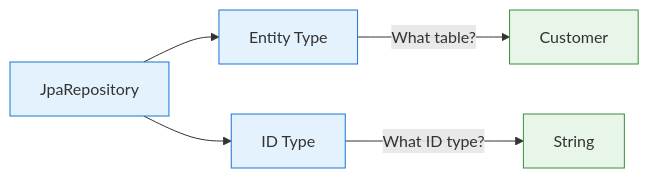
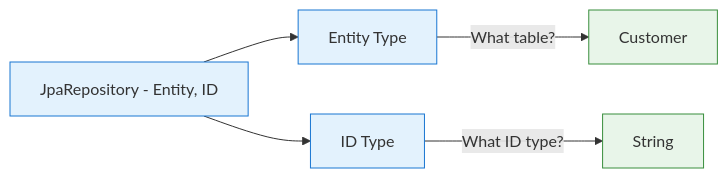
The second of 5 diagrams in Nish Lessons - Q&A's/SpringBoot/JPA -- fix -- follow on from interfaces.md (stravos97/java-documentation-notes), drawn with Mermaid before and after one commit. The commit also changed other lines of this file and 8 other files, not shown here.

Commit message:
fix mermaid diagrams

````diff
--- a/Nish Lessons - Q&A's/SpringBoot/JPA -- fix -- follow on from interfaces.md
+++ b/Nish Lessons - Q&A's/SpringBoot/JPA -- fix -- follow on from interfaces.md
@@ -53,14 +52,14 @@
 ```mermaid
 flowchart LR
-    A[JpaRepository<Entity, ID>] --> B[Entity Type]
+    A[JpaRepository - Entity, ID] --> B[Entity Type]
     A --> C[ID Type]
     
     B -->|What table?| D[Customer]
     C -->|What ID type?| E[String]
     
     classDef params fill:#e3f2fd,stroke:#1976d2;
     class A,B,C params;
     
     classDef example fill:#e8f5e9,stroke:#388e3c;
     class D,E example;
 ```
````
